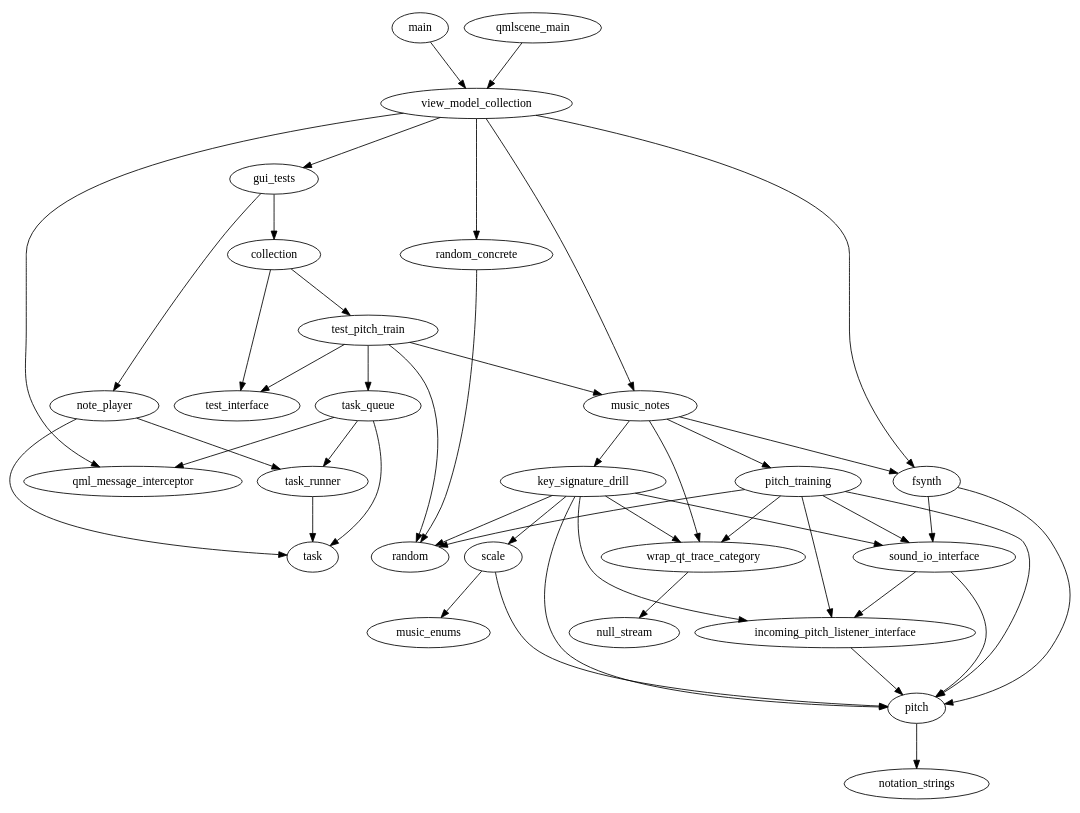
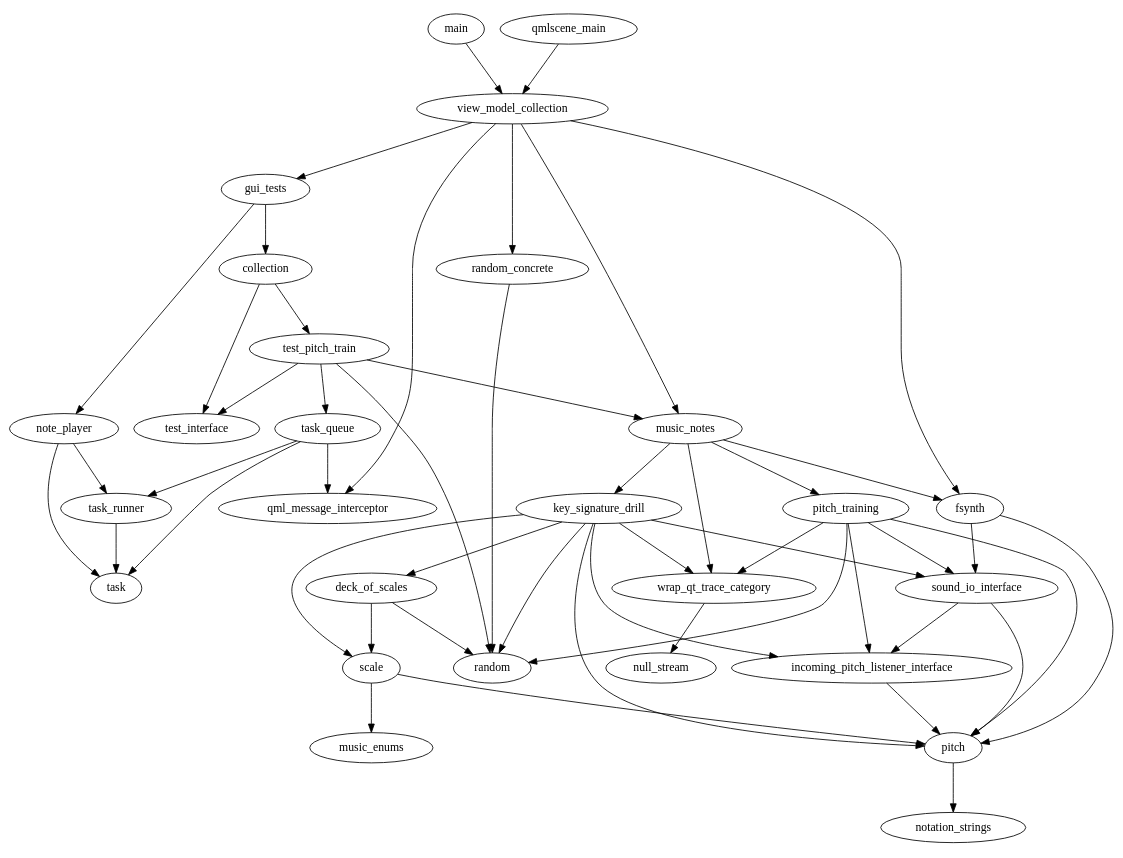
One commit to pestophagous/heory changed the diagram in sw_arch_doc/all_src.dot. Above: the diagram before and after it, drawn with Graphviz. The commit also changed 11 other files, not shown here.

```diff
--- a/sw_arch_doc/all_src.dot
+++ b/sw_arch_doc/all_src.dot
@@ -1,53 +1,56 @@
 digraph "source tree" {
     overlap=scale;
     ratio=0.8;
     fontsize="16";
     fontname="Helvetica";
     clusterrank="local";
 	"collection" -> "test_interface"
 	"collection" -> "test_pitch_train"
+	"deck_of_scales" -> "random"
+	"deck_of_scales" -> "scale"
 	"fsynth" -> "pitch"
 	"fsynth" -> "sound_io_interface"
 	"gui_tests" -> "collection"
 	"gui_tests" -> "note_player"
 	"incoming_pitch_listener_interface" -> "pitch"
+	"key_signature_drill" -> "deck_of_scales"
 	"key_signature_drill" -> "incoming_pitch_listener_interface"
 	"key_signature_drill" -> "pitch"
 	"key_signature_drill" -> "random"
 	"key_signature_drill" -> "scale"
 	"key_signature_drill" -> "sound_io_interface"
 	"key_signature_drill" -> "wrap_qt_trace_category"
 	"main" -> "view_model_collection"
 	"music_notes" -> "fsynth"
 	"music_notes" -> "key_signature_drill"
 	"music_notes" -> "pitch_training"
 	"music_notes" -> "wrap_qt_trace_category"
 	"note_player" -> "task"
 	"note_player" -> "task_runner"
 	"pitch" -> "notation_strings"
 	"pitch_training" -> "incoming_pitch_listener_interface"
 	"pitch_training" -> "pitch"
 	"pitch_training" -> "random"
 	"pitch_training" -> "sound_io_interface"
 	"pitch_training" -> "wrap_qt_trace_category"
 	"qmlscene_main" -> "view_model_collection"
 	"random_concrete" -> "random"
 	"scale" -> "music_enums"
 	"scale" -> "pitch"
 	"sound_io_interface" -> "incoming_pitch_listener_interface"
 	"sound_io_interface" -> "pitch"
 	"task_queue" -> "qml_message_interceptor"
 	"task_queue" -> "task"
 	"task_queue" -> "task_runner"
 	"task_runner" -> "task"
 	"test_pitch_train" -> "music_notes"
 	"test_pitch_train" -> "random"
 	"test_pitch_train" -> "task_queue"
 	"test_pitch_train" -> "test_interface"
 	"view_model_collection" -> "fsynth"
 	"view_model_collection" -> "gui_tests"
 	"view_model_collection" -> "music_notes"
 	"view_model_collection" -> "qml_message_interceptor"
 	"view_model_collection" -> "random_concrete"
 	"wrap_qt_trace_category" -> "null_stream"
 }
```
